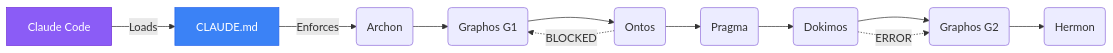
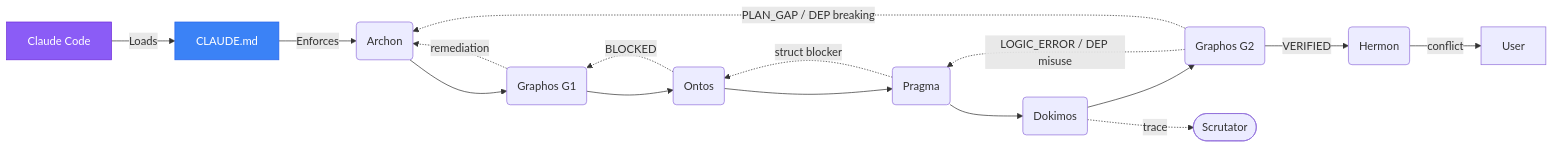
One commit to ancrz/pipeline-agentic changed the diagram in claude/README.md. Above: the diagram before and after it, drawn with Mermaid. The commit also changed other lines of this file and 43 other files, not shown here.

````diff
--- a/claude/README.md
+++ b/claude/README.md
@@ -13,16 +16,20 @@
 ```mermaid
 flowchart LR
-    C[Claude Code] -->|Loads| M[CLAUDE.md]
-    M -->|Enforces| A(Archon)
-    A --> G1(Graphos G1)
-    G1 --> O(Ontos)
-    O --> P(Pragma)
-    P --> D(Dokimos)
-    D --> G2(Graphos G2)
-    G2 --> H(Hermon)
-    O -.BLOCKED.-> G1
-    D -.ERROR.-> G2
-    
+    C["Claude Code"] -->|"Loads"| M["CLAUDE.md"]
+    M -->|"Enforces"| A("Archon")
+    A --> G1("Graphos G1")
+    G1 --> O("Ontos")
+    O --> P("Pragma")
+    P --> D("Dokimos")
+    D --> G2("Graphos G2")
+    G2 -->|"VERIFIED"| H("Hermon")
+    O -.->|"BLOCKED"| G1
+    G1 -.->|"remediation"| A
+    P -.->|"struct blocker"| O
+    D -.->|"trace"| SC(["Scrutator"])
+    G2 -.->|"LOGIC_ERROR / DEP misuse"| P
+    G2 -.->|"PLAN_GAP / DEP breaking"| A
+    H -->|"conflict"| U["User"]
     style C fill:#8B5CF6,stroke:#6D28D9,color:#fff
     style M fill:#3B82F6,stroke:#2563EB,color:#fff
 ```
````
